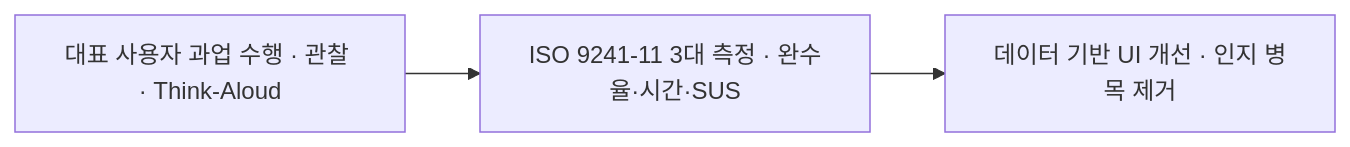
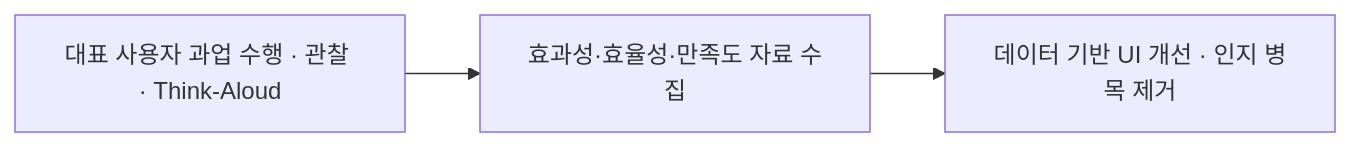
Before and after one commit to agnusdei1207/study: the first of 3 diagrams in src/content/docs/notes/itpe/02-software-engineering/086_usability_testing.md, drawn with Mermaid. The commit also changed other lines of this file and 21 other files, not shown here.

````diff
--- a/src/content/docs/notes/itpe/02-software-engineering/086_usability_testing.md
+++ b/src/content/docs/notes/itpe/02-software-engineering/086_usability_testing.md
@@ -69,5 +69,5 @@
 ```mermaid
 flowchart LR
-    A["대표 사용자 과업 수행 · 관찰 · Think-Aloud"] --> B["ISO 9241-11 3대 측정 · 완수율·시간·SUS"]
+    A["대표 사용자 과업 수행 · 관찰 · Think-Aloud"] --> B["효과성·효율성·만족도 자료 수집"]
     B --> C["데이터 기반 UI 개선 · 인지 병목 제거"]
 ```
````
